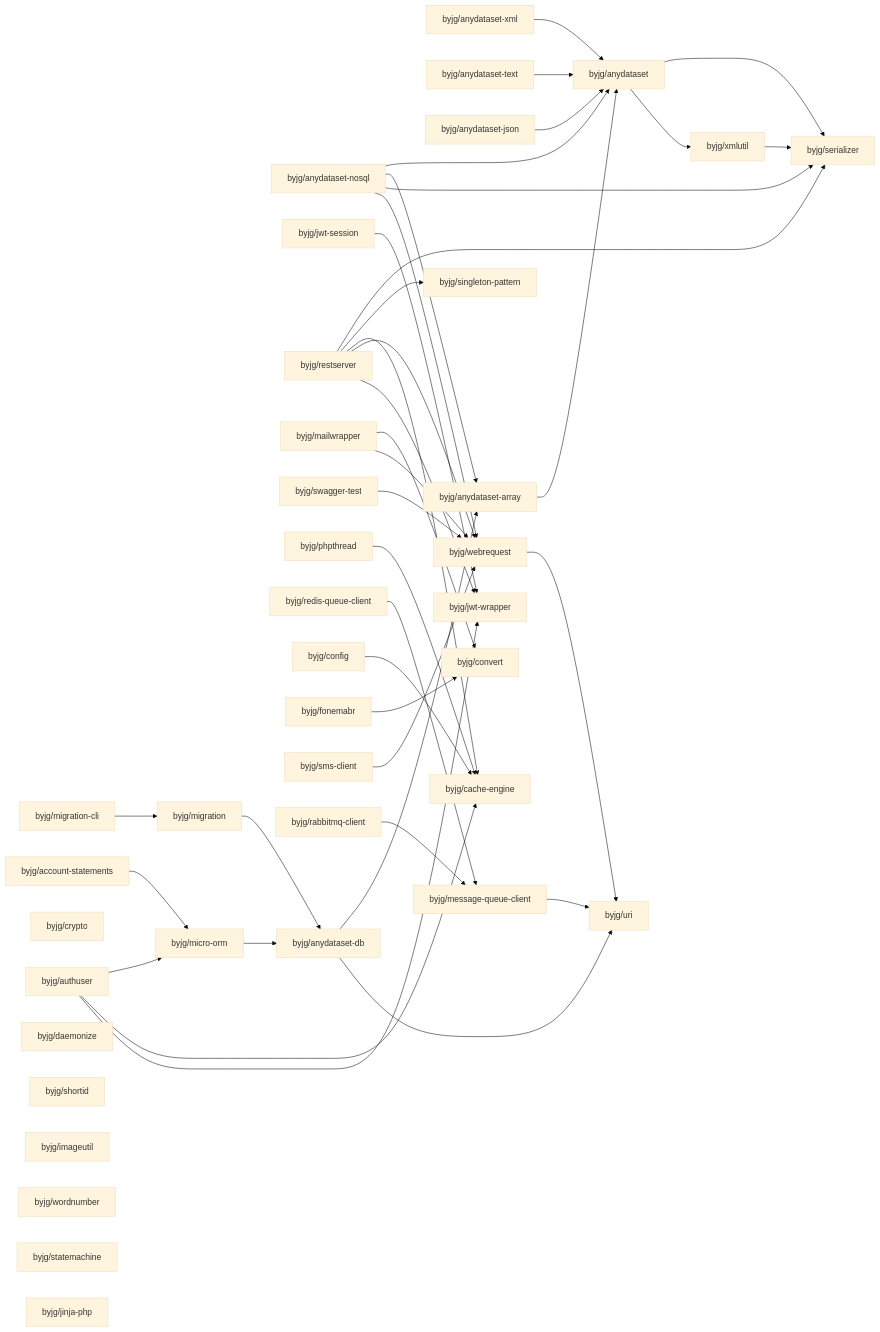
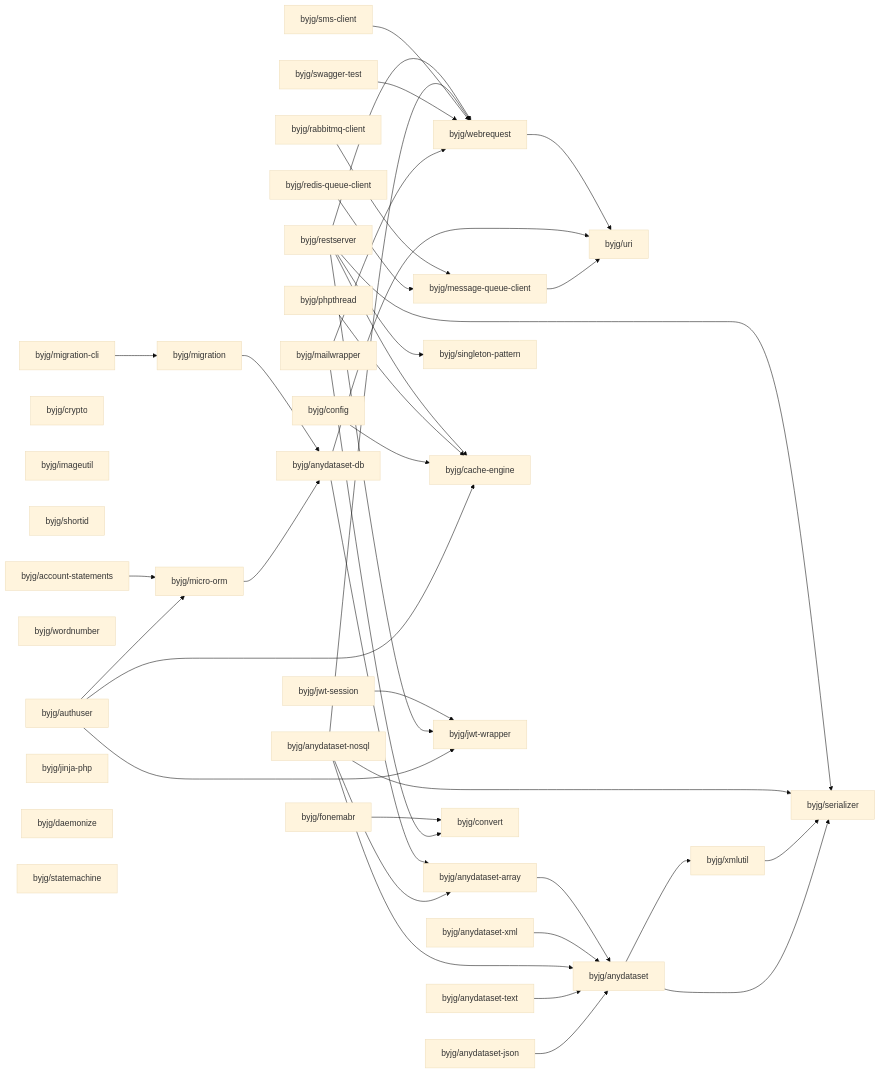
One commit to byjg/byjg.github.io changed the diagram in docs/php/README.md. Above: the diagram before and after it, drawn with Mermaid (base theme). The commit also changed other lines of this file, not shown here.

Commit message:
Update documentation 'php' 'php-migration'

````diff
--- a/docs/php/README.md
+++ b/docs/php/README.md
@@ -3,78 +3,78 @@
 ```mermaid
 graph LR;
+  byjg/anydataset-text;
+  byjg/account-statements;
+  byjg/sms-client;
+  byjg/crypto;
+  byjg/rabbitmq-client;
+  byjg/anydataset-json;
+  byjg/imageutil;
+  byjg/shortid;
+  byjg/migration-cli;
+  byjg/wordnumber;
+  byjg/swagger-test;
   byjg/anydataset-nosql;
+  byjg/config;
+  byjg/redis-queue-client;
+  byjg/anydataset-xml;
+  byjg/phpthread;
   byjg/jwt-session;
+  byjg/authuser;
+  byjg/jinja-php;
   byjg/restserver;
   byjg/mailwrapper;
-  byjg/swagger-test;
-  byjg/authuser;
-  byjg/migration-cli;
-  byjg/crypto;
-  byjg/account-statements;
-  byjg/phpthread;
-  byjg/redis-queue-client;
-  byjg/config;
   byjg/daemonize;
-  byjg/shortid;
-  byjg/imageutil;
-  byjg/wordnumber;
   byjg/statemachine;
   byjg/fonemabr;
-  byjg/sms-client;
-  byjg/anydataset-xml;
-  byjg/anydataset-text;
-  byjg/jinja-php;
-  byjg/rabbitmq-client;
-  byjg/anydataset-json;
+  byjg/migration;
+  byjg/message-queue-client;
+  byjg/micro-orm;
   byjg/singleton-pattern;
+  byjg/cache-engine;
   byjg/jwt-wrapper;
-  byjg/migration;
-  byjg/micro-orm;
-  byjg/cache-engine;
+  byjg/webrequest;
   byjg/convert;
-  byjg/webrequest;
-  byjg/message-queue-client;
   byjg/anydataset-db;
   byjg/anydataset-array;
   byjg/uri;
   byjg/anydataset;
   byjg/xmlutil;
   byjg/serializer;
   byjg/account-statements --> byjg/micro-orm;
   byjg/fonemabr --> byjg/convert;
   byjg/webrequest --> byjg/uri;
   byjg/anydataset-array --> byjg/anydataset;
   byjg/anydataset-xml --> byjg/anydataset;
   byjg/rabbitmq-client --> byjg/message-queue-client;
   byjg/redis-queue-client --> byjg/message-queue-client;
   byjg/jwt-session --> byjg/jwt-wrapper;
   byjg/anydataset-db --> byjg/anydataset-array;
   byjg/anydataset-db --> byjg/uri;
   byjg/restserver --> byjg/serializer;
   byjg/restserver --> byjg/singleton-pattern;
   byjg/restserver --> byjg/cache-engine;
   byjg/restserver --> byjg/webrequest;
   byjg/restserver --> byjg/jwt-wrapper;
   byjg/migration --> byjg/anydataset-db;
   byjg/anydataset-nosql --> byjg/anydataset;
   byjg/anydataset-nosql --> byjg/anydataset-array;
   byjg/anydataset-nosql --> byjg/serializer;
   byjg/anydataset-nosql --> byjg/webrequest;
   byjg/phpthread --> byjg/cache-engine;
   byjg/sms-client --> byjg/webrequest;
   byjg/swagger-test --> byjg/webrequest;
   byjg/migration-cli --> byjg/migration;
   byjg/config --> byjg/cache-engine;
   byjg/anydataset-text --> byjg/anydataset;
   byjg/micro-orm --> byjg/anydataset-db;
   byjg/authuser --> byjg/micro-orm;
   byjg/authuser --> byjg/cache-engine;
   byjg/authuser --> byjg/jwt-wrapper;
   byjg/anydataset-json --> byjg/anydataset;
   byjg/mailwrapper --> byjg/convert;
   byjg/mailwrapper --> byjg/webrequest;
   byjg/xmlutil --> byjg/serializer;
   byjg/anydataset --> byjg/serializer;
   byjg/anydataset --> byjg/xmlutil;
   byjg/message-queue-client --> byjg/uri;
 ```
````
